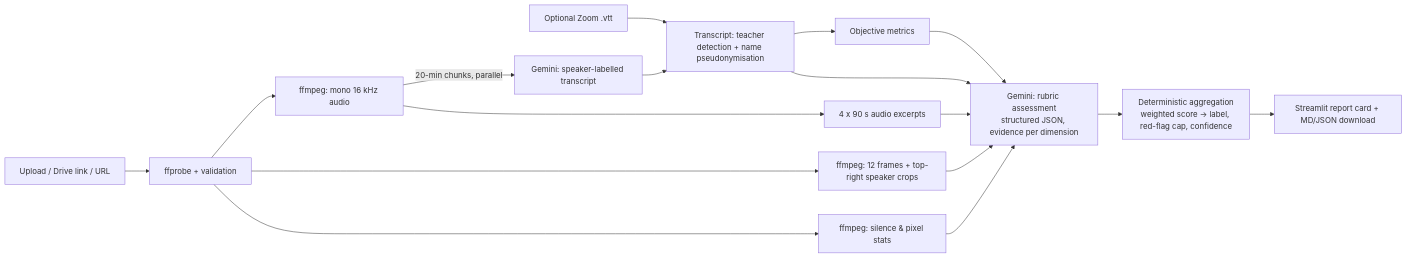
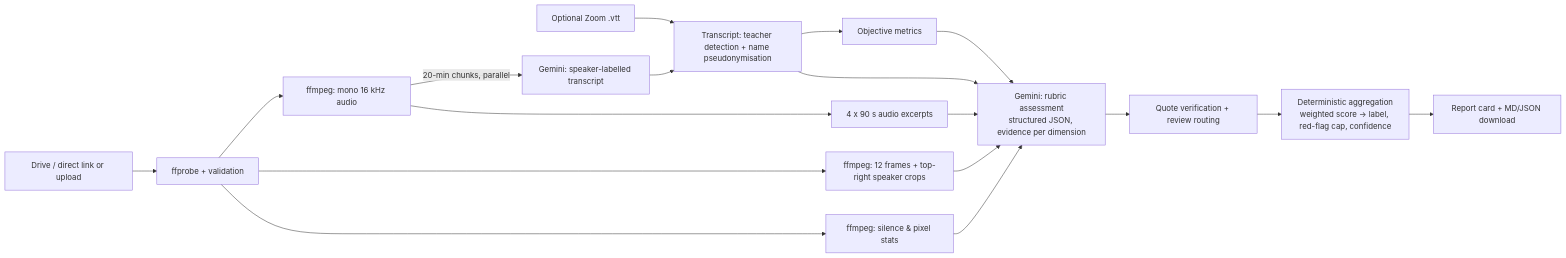
One commit to khushalkumar/class-quality-assessor changed the second of 2 diagrams in README.md. Above: the diagram before and after it, drawn with Mermaid. The commit also changed other lines of this file and 1 other file, not shown here.

Commit message:
README: job architecture, Link-first guidance, CLI, config, tests/CI, privacy + vendor approval; EVALUATION: job-path e2e and trust-layer results

````diff
--- a/README.md
+++ b/README.md
@@ -24,15 +65,16 @@
 ```mermaid
 flowchart LR
-    A[Upload / Drive link / URL] --> B[ffprobe + validation]
+    A[Drive / direct link or upload] --> B[ffprobe + validation]
     B --> C[ffmpeg: mono 16 kHz audio]
     B --> D[ffmpeg: 12 frames + top-right speaker crops]
     B --> E[ffmpeg: silence & pixel stats]
     V[Optional Zoom .vtt] --> T
     C -->|20-min chunks, parallel| G1[Gemini: speaker-labelled transcript]
     G1 --> T[Transcript: teacher detection + name pseudonymisation]
     T --> M[Objective metrics]
     C --> X[4 x 90 s audio excerpts]
     T & M & D & E & X --> G2[Gemini: rubric assessment<br/>structured JSON, evidence per dimension]
-    G2 --> S[Deterministic aggregation<br/>weighted score -> label, red-flag cap, confidence]
-    S --> R[Streamlit report card + MD/JSON download]
+    G2 --> Q[Quote verification + review routing]
+    Q --> S[Deterministic aggregation<br/>weighted score -> label, red-flag cap, confidence]
+    S --> R[Report card + MD/JSON download]
 ```
````
